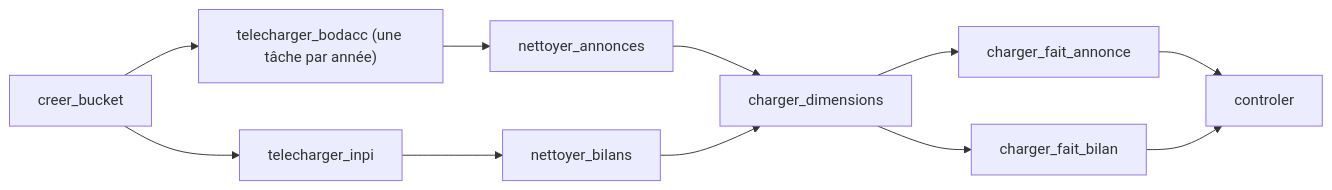
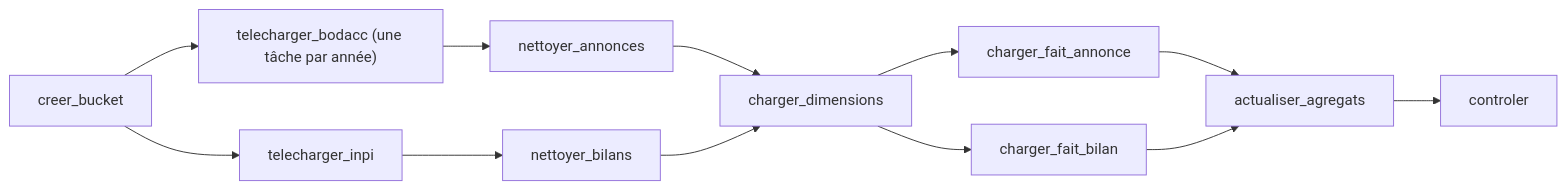
The second of 4 diagrams in exercice-3/README.md (DavidCarry/Processus-decisionnel-et-modeles-de-donnees), drawn with Mermaid before and after one commit. The commit also changed other lines of this file and 5 other files, not shown here.

````diff
--- a/exercice-3/README.md
+++ b/exercice-3/README.md
@@ -65,9 +65,9 @@
 ```mermaid
 flowchart LR
     CB[creer_bucket] --> TB["telecharger_bodacc (une tâche par année)"] & TI[telecharger_inpi]
     TB --> NA[nettoyer_annonces]
     TI --> NB[nettoyer_bilans]
     NA & NB --> CD[charger_dimensions]
     CD --> FA[charger_fait_annonce] & FB[charger_fait_bilan]
-    FA & FB --> CT[controler]
+    FA & FB --> AG[actualiser_agregats] --> CT[controler]
 ```
````
